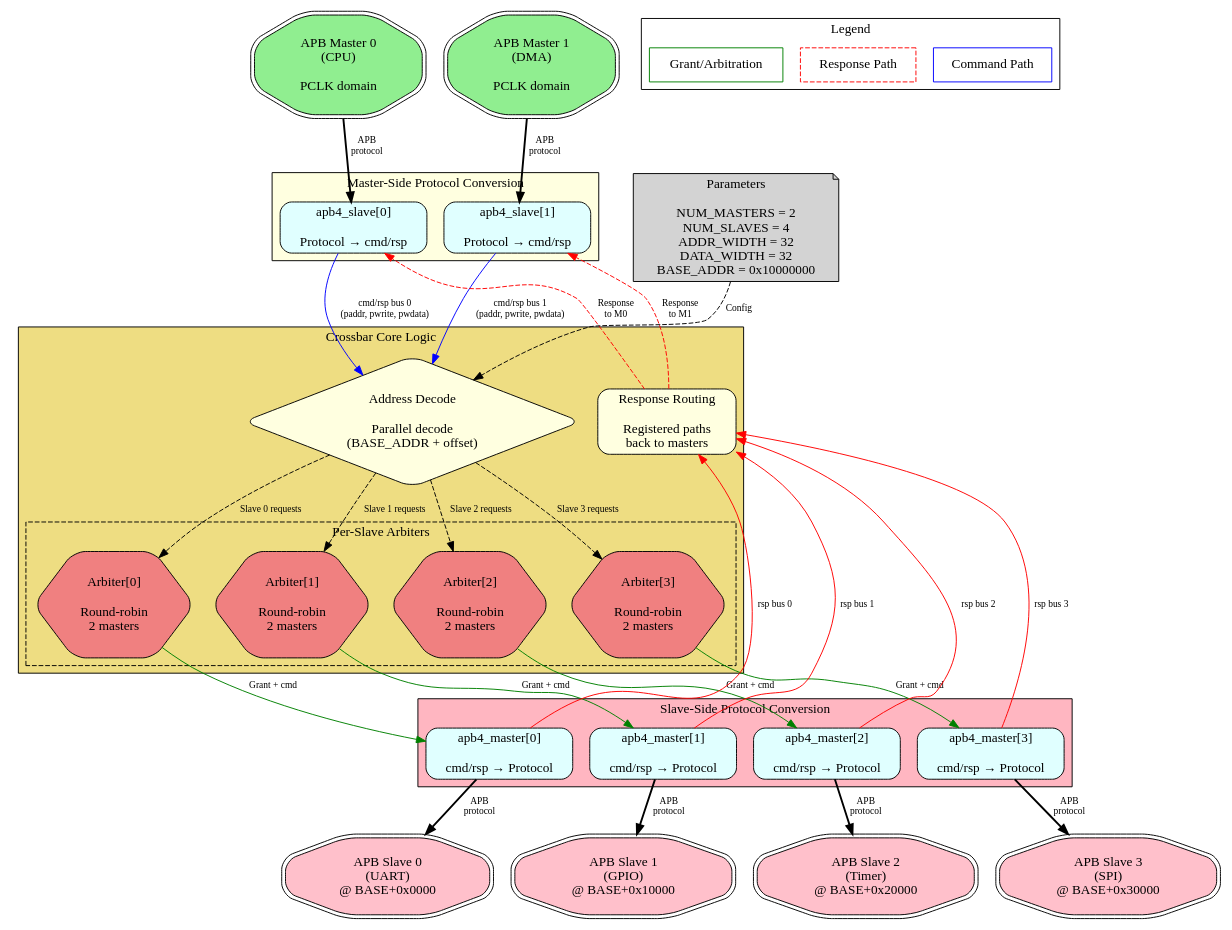
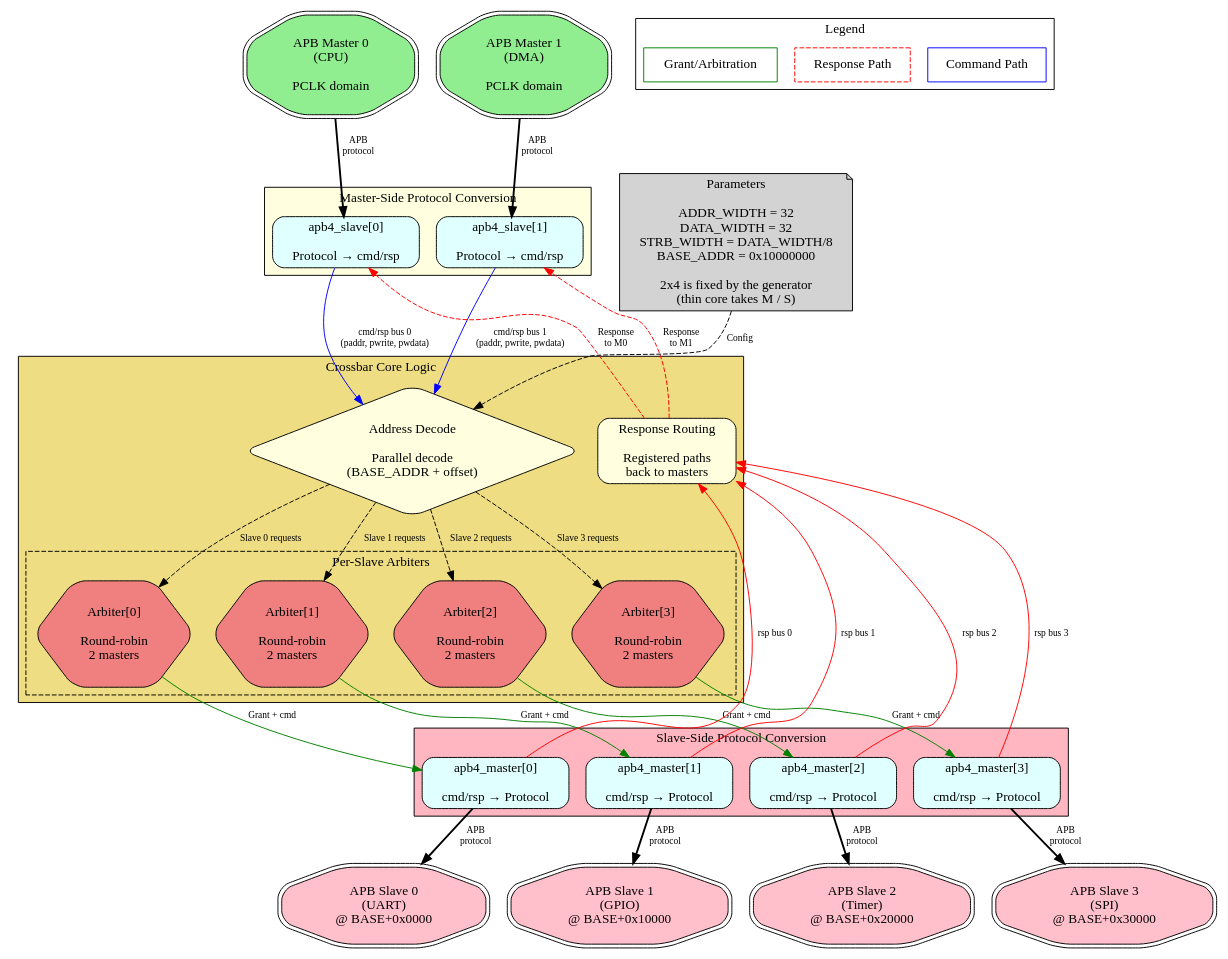
Before and after one commit to sean-galloway/RTLDesignSherpa: the diagram in projects/components/apbx-xbar/docs/apbx_xbar_mas/assets/graphviz/apbx_xbar_architecture.gv, drawn with Graphviz. The commit also changed 4 other files, not shown here.

First line of the commit message:
docs(mas): purge NUM_MASTERS/NUM_SLAVES from the apbx diagram and prose

```diff
--- a/projects/components/apbx-xbar/docs/apbx_xbar_mas/assets/graphviz/apbx_xbar_architecture.gv
+++ b/projects/components/apbx-xbar/docs/apbx_xbar_mas/assets/graphviz/apbx_xbar_architecture.gv
@@ -1,114 +1,114 @@
 // APB Crossbar Top-Level Architecture (2x4 Example)
 // Module: apbx_xbar_2to4
 // Purpose: MxN crossbar interconnect with arbitration and routing
 
 digraph apbx_xbar_architecture {
     rankdir=TB;
     node [shape=box, style="rounded,filled", fillcolor=lightblue];
     edge [fontsize=10];
 
     // External Master Interfaces
     master0 [label="APB Master 0\n(CPU)\n\nPCLK domain", shape=doubleoctagon, fillcolor=lightgreen];
     master1 [label="APB Master 1\n(DMA)\n\nPCLK domain", shape=doubleoctagon, fillcolor=lightgreen];
 
     // Master-Side APB Slaves
     subgraph cluster_master_side {
         label="Master-Side Protocol Conversion";
         style=filled;
         fillcolor=lightyellow;
 
         apb4_slave0 [label="apb4_slave[0]\n\nProtocol → cmd/rsp", fillcolor=lightcyan];
         apb4_slave1 [label="apb4_slave[1]\n\nProtocol → cmd/rsp", fillcolor=lightcyan];
     }
 
     // Internal Crossbar Logic
     subgraph cluster_crossbar {
         label="Crossbar Core Logic";
         style=filled;
         fillcolor=lightgoldenrod;
 
         addr_decode [label="Address Decode\n\nParallel decode\n(BASE_ADDR + offset)", shape=diamond, fillcolor=lightyellow];
 
         subgraph cluster_arbiters {
             label="Per-Slave Arbiters";
             style=dashed;
             fillcolor=white;
 
             arb0 [label="Arbiter[0]\n\nRound-robin\n2 masters", shape=hexagon, fillcolor=lightcoral];
             arb1 [label="Arbiter[1]\n\nRound-robin\n2 masters", shape=hexagon, fillcolor=lightcoral];
             arb2 [label="Arbiter[2]\n\nRound-robin\n2 masters", shape=hexagon, fillcolor=lightcoral];
             arb3 [label="Arbiter[3]\n\nRound-robin\n2 masters", shape=hexagon, fillcolor=lightcoral];
         }
 
         rsp_route [label="Response Routing\n\nRegistered paths\nback to masters", fillcolor=lightyellow];
     }
 
     // Slave-Side APB Masters
     subgraph cluster_slave_side {
         label="Slave-Side Protocol Conversion";
         style=filled;
         fillcolor=lightpink;
 
         apb4_master0 [label="apb4_master[0]\n\ncmd/rsp → Protocol", fillcolor=lightcyan];
         apb4_master1 [label="apb4_master[1]\n\ncmd/rsp → Protocol", fillcolor=lightcyan];
         apb4_master2 [label="apb4_master[2]\n\ncmd/rsp → Protocol", fillcolor=lightcyan];
         apb4_master3 [label="apb4_master[3]\n\ncmd/rsp → Protocol", fillcolor=lightcyan];
     }
 
     // External Slave Interfaces
     slave0 [label="APB Slave 0\n(UART)\n@ BASE+0x0000", shape=doubleoctagon, fillcolor=pink];
     slave1 [label="APB Slave 1\n(GPIO)\n@ BASE+0x10000", shape=doubleoctagon, fillcolor=pink];
     slave2 [label="APB Slave 2\n(Timer)\n@ BASE+0x20000", shape=doubleoctagon, fillcolor=pink];
     slave3 [label="APB Slave 3\n(SPI)\n@ BASE+0x30000", shape=doubleoctagon, fillcolor=pink];
 
     // Master → Master-Side Connections
     master0 -> apb4_slave0 [label="APB\nprotocol", style=bold];
     master1 -> apb4_slave1 [label="APB\nprotocol", style=bold];
 
     // Master-Side → Address Decode
     apb4_slave0 -> addr_decode [label="cmd/rsp bus 0\n(paddr, pwrite, pwdata)", color=blue];
     apb4_slave1 -> addr_decode [label="cmd/rsp bus 1\n(paddr, pwrite, pwdata)", color=blue];
 
     // Address Decode → Arbiters
     addr_decode -> arb0 [label="Slave 0 requests", style=dashed];
     addr_decode -> arb1 [label="Slave 1 requests", style=dashed];
     addr_decode -> arb2 [label="Slave 2 requests", style=dashed];
     addr_decode -> arb3 [label="Slave 3 requests", style=dashed];
 
     // Arbiters → Slave-Side
     arb0 -> apb4_master0 [label="Grant + cmd", color=green];
     arb1 -> apb4_master1 [label="Grant + cmd", color=green];
     arb2 -> apb4_master2 [label="Grant + cmd", color=green];
     arb3 -> apb4_master3 [label="Grant + cmd", color=green];
 
     // Slave-Side → Response Routing
     apb4_master0 -> rsp_route [label="rsp bus 0", color=red];
     apb4_master1 -> rsp_route [label="rsp bus 1", color=red];
     apb4_master2 -> rsp_route [label="rsp bus 2", color=red];
     apb4_master3 -> rsp_route [label="rsp bus 3", color=red];
 
     // Response Routing → Master-Side
     rsp_route -> apb4_slave0 [label="Response\nto M0", color=red, style=dashed];
     rsp_route -> apb4_slave1 [label="Response\nto M1", color=red, style=dashed];
 
     // Slave-Side → External Slaves
     apb4_master0 -> slave0 [label="APB\nprotocol", style=bold];
     apb4_master1 -> slave1 [label="APB\nprotocol", style=bold];
     apb4_master2 -> slave2 [label="APB\nprotocol", style=bold];
     apb4_master3 -> slave3 [label="APB\nprotocol", style=bold];
 
     // Parameters
-    params [label="Parameters\n\nNUM_MASTERS = 2\nNUM_SLAVES = 4\nADDR_WIDTH = 32\nDATA_WIDTH = 32\nBASE_ADDR = 0x10000000", shape=note, fillcolor=lightgray];
+    params [label="Parameters\n\nADDR_WIDTH = 32\nDATA_WIDTH = 32\nSTRB_WIDTH = DATA_WIDTH/8\nBASE_ADDR = 0x10000000\n\n2x4 is fixed by the generator\n(thin core takes M / S)", shape=note, fillcolor=lightgray];
     params -> addr_decode [style=dashed, label="Config"];
 
     // Legend
     subgraph cluster_legend {
         label="Legend";
         style=filled;
         fillcolor=white;
 
         leg_cmd [label="Command Path", style=solid, color=blue];
         leg_rsp [label="Response Path", style=dashed, color=red];
         leg_grant [label="Grant/Arbitration", style=solid, color=green];
     }
 }
```
